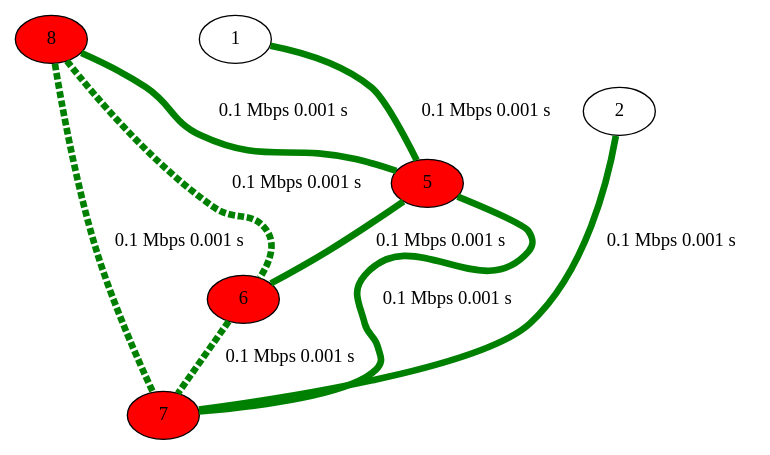
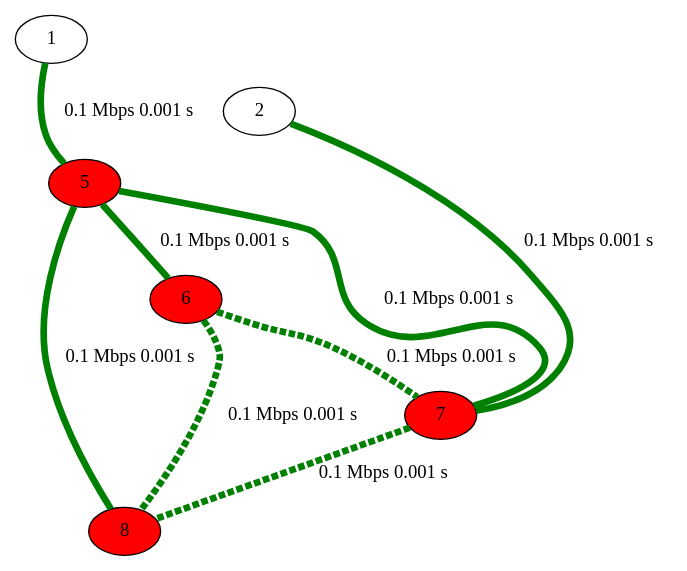
The diagram in network.gv (nonononoka/ntSimulator), drawn with Graphviz before and after one commit. The commit also changed other lines of this file and 9 other files, not shown here.

```diff
--- a/network.gv
+++ b/network.gv
@@ -1,64 +1,64 @@
 strict graph {
 
-
-	"8" [ fillcolor="red", style="filled",  weight=0 ];
-
-	"8" -- "5" [ color="green", label="0.1 Mbps 0.001 s
-", penwidth="5.00", style="",  weight=0 ];
-
-	"8" -- "6" [ color="green", label="0.1 Mbps 0.001 s
-", penwidth="5.00", style="dashed",  weight=0 ];
-
-	"8" -- "7" [ color="green", label="0.1 Mbps 0.001 s
-", penwidth="5.00", style="dashed",  weight=0 ];
 
 	"1" [  weight=0 ];
 
 	"1" -- "5" [ color="green", label="0.1 Mbps 0.001 s
 ", penwidth="5.00",  weight=0 ];
 
 	"2" [  weight=0 ];
 
 	"2" -- "7" [ color="green", label="0.1 Mbps 0.001 s
 ", penwidth="5.00", style="",  weight=0 ];
 
 	"5" [ fillcolor="red", style="filled",  weight=0 ];
 
+	"5" -- "6" [ color="green", label="0.1 Mbps 0.001 s
+", penwidth="5.00", style="",  weight=0 ];
+
 	"5" -- "7" [ color="green", label="0.1 Mbps 0.001 s
 ", penwidth="5.00", style="",  weight=0 ];
 
 	"5" -- "8" [ color="green", label="0.1 Mbps 0.001 s
 ", penwidth="5.00", style="",  weight=0 ];
 
 	"5" -- "1" [ color="green", label="0.1 Mbps 0.001 s
 ", penwidth="5.00",  weight=0 ];
 
-	"5" -- "6" [ color="green", label="0.1 Mbps 0.001 s
-", penwidth="5.00", style="",  weight=0 ];
-
 	"6" [ fillcolor="red", style="filled",  weight=0 ];
-
-	"6" -- "8" [ color="green", label="0.1 Mbps 0.001 s
-", penwidth="5.00", style="dashed",  weight=0 ];
 
 	"6" -- "5" [ color="green", label="0.1 Mbps 0.001 s
 ", penwidth="5.00", style="",  weight=0 ];
 
 	"6" -- "7" [ color="green", label="0.1 Mbps 0.001 s
 ", penwidth="5.00", style="dashed",  weight=0 ];
 
+	"6" -- "8" [ color="green", label="0.1 Mbps 0.001 s
+", penwidth="5.00", style="dashed",  weight=0 ];
+
 	"7" [ fillcolor="red", style="filled",  weight=0 ];
+
+	"7" -- "8" [ color="green", label="0.1 Mbps 0.001 s
+", penwidth="5.00", style="dashed",  weight=0 ];
 
 	"7" -- "2" [ color="green", label="0.1 Mbps 0.001 s
 ", penwidth="5.00", style="",  weight=0 ];
 
 	"7" -- "5" [ color="green", label="0.1 Mbps 0.001 s
 ", penwidth="5.00", style="",  weight=0 ];
 
 	"7" -- "6" [ color="green", label="0.1 Mbps 0.001 s
 ", penwidth="5.00", style="dashed",  weight=0 ];
 
-	"7" -- "8" [ color="green", label="0.1 Mbps 0.001 s
+	"8" [ fillcolor="red", style="filled",  weight=0 ];
+
+	"8" -- "5" [ color="green", label="0.1 Mbps 0.001 s
+", penwidth="5.00", style="",  weight=0 ];
+
+	"8" -- "6" [ color="green", label="0.1 Mbps 0.001 s
+", penwidth="5.00", style="dashed",  weight=0 ];
+
+	"8" -- "7" [ color="green", label="0.1 Mbps 0.001 s
 ", penwidth="5.00", style="dashed",  weight=0 ];
 
 }
```
